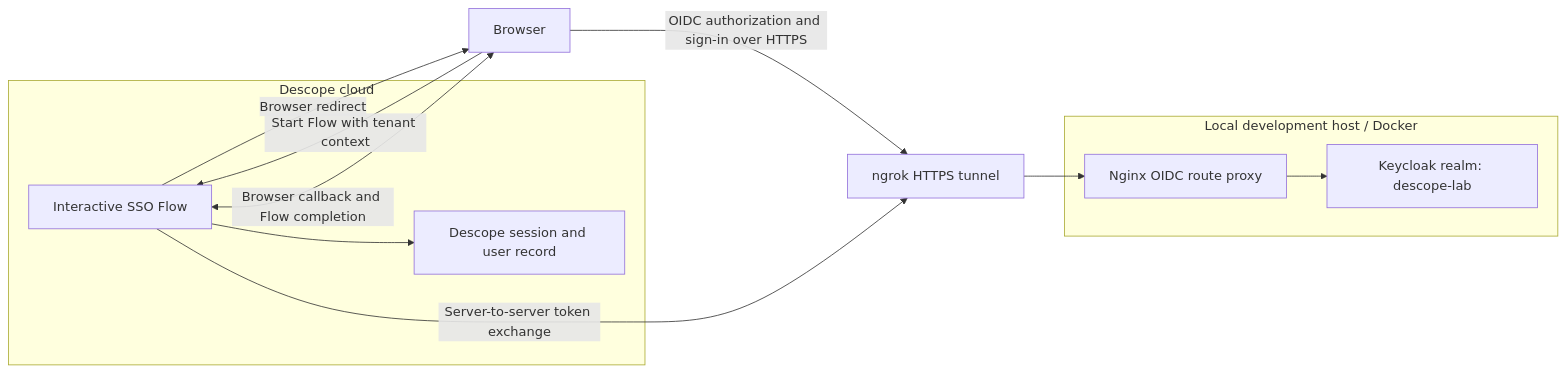
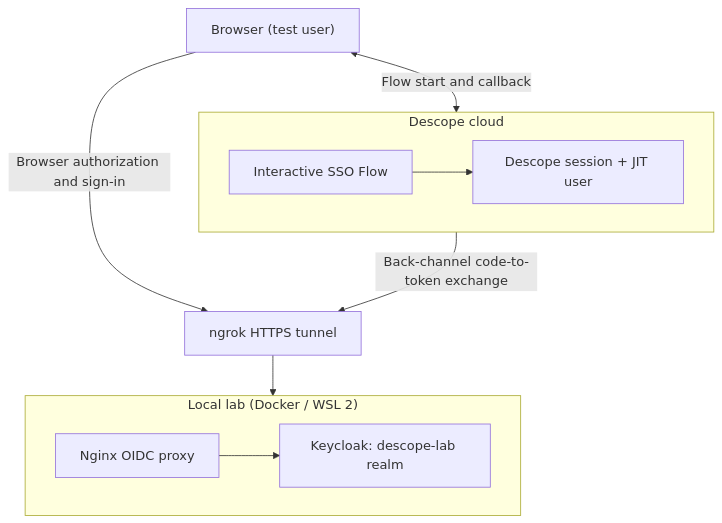
The diagram in README.md (michael-k-levesque/keycloak-descope-oidc-documentation), drawn with Mermaid before and after one commit. The commit also changed other lines of this file, not shown here.

Commit message:
docs: improve README architecture readability and source link

````diff
--- a/README.md
+++ b/README.md
@@ -18,19 +18,21 @@
 ```mermaid
-flowchart LR
-  subgraph Cloud[Descope cloud]
-    F[Interactive SSO Flow]
-    S[Descope session and user record]
+flowchart TB
+  B["Browser (test user)"]
+  subgraph Cloud["Descope cloud"]
+    direction LR
+    F["Interactive SSO Flow"]
+    S["Descope session + JIT user"]
     F --> S
   end
-  subgraph Local[Local development host / Docker]
-    N[Nginx OIDC route proxy]
-    K[Keycloak realm: descope-lab]
+  T["ngrok HTTPS tunnel"]
+  subgraph Local["Local lab (Docker / WSL 2)"]
+    direction LR
+    N["Nginx OIDC proxy"]
+    K["Keycloak: descope-lab realm"]
     N --> K
   end
-  B[Browser] -->|Start Flow with tenant context| F
-  F -->|Browser redirect| B
-  B -->|OIDC authorization and sign-in over HTTPS| T[ngrok HTTPS tunnel]
-  F -->|Server-to-server token exchange| T
+  B <-->|"Flow start and callback"| F
+  B -->|"Browser authorization and sign-in"| T
+  F -->|"Back-channel code-to-token exchange"| T
   T --> N
-  B <-->|Browser callback and Flow completion| F
 ```
````
